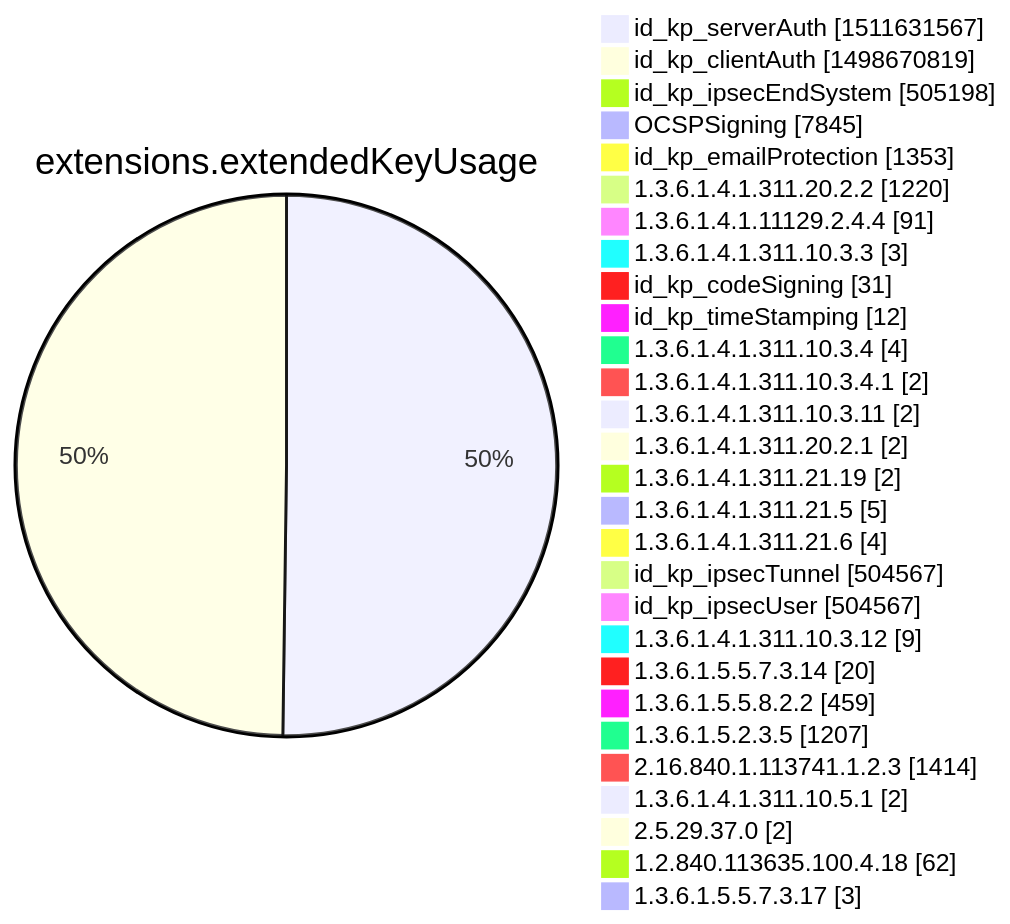
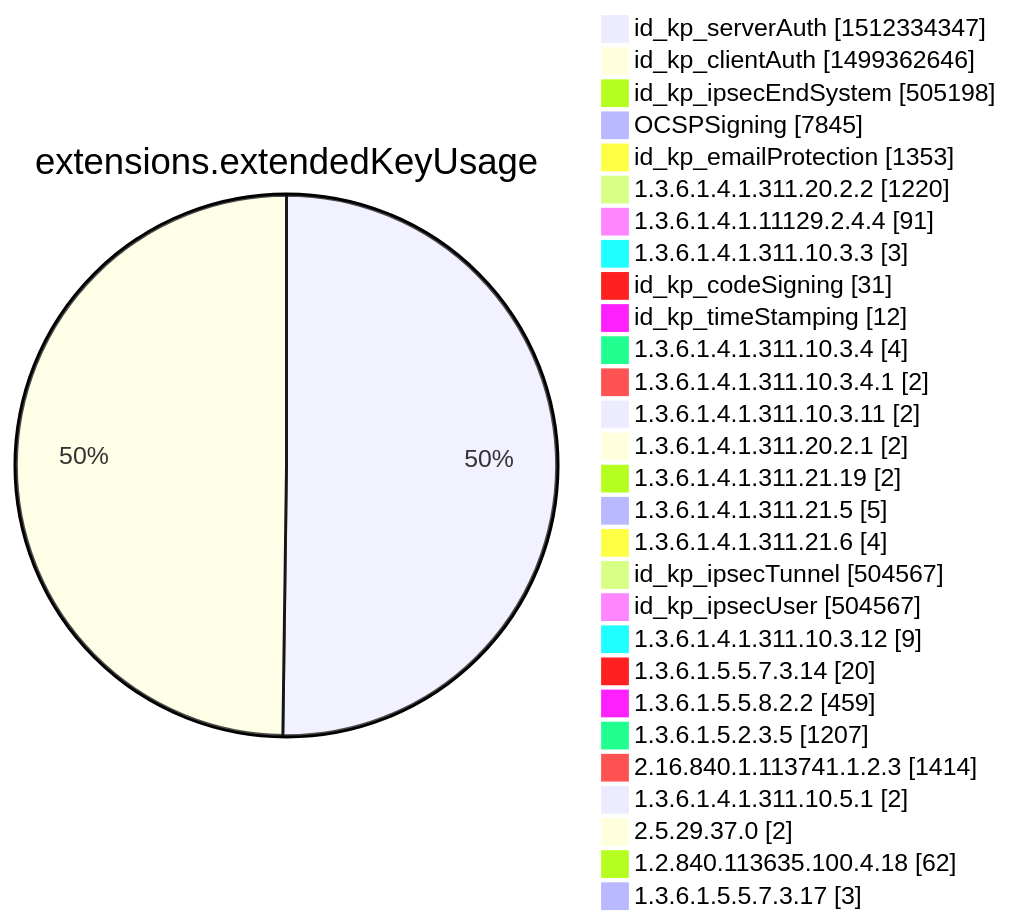
Before and after one commit to christiankrug/ctmonitor_visualization: diagram 12 of 15 in xenon2022/README.md, drawn with Mermaid. The commit also changed other lines of this file, not shown here.

````diff
--- a/xenon2022/README.md
+++ b/xenon2022/README.md
@@ -3877,32 +3877,32 @@
 ```mermaid
 pie showData
 title extensions.extendedKeyUsage
-"id_kp_serverAuth" :1511631567
-"id_kp_clientAuth" :1498670819
+"id_kp_serverAuth" :1512334347
+"id_kp_clientAuth" :1499362646
 "id_kp_ipsecEndSystem" :505198
 "OCSPSigning" :7845
 "id_kp_emailProtection" :1353
 "1.3.6.1.4.1.311.20.2.2" :1220
 "1.3.6.1.4.1.11129.2.4.4" :91
 "1.3.6.1.4.1.311.10.3.3" :3
 "id_kp_codeSigning" :31
 "id_kp_timeStamping" :12
 "1.3.6.1.4.1.311.10.3.4" :4
 "1.3.6.1.4.1.311.10.3.4.1" :2
 "1.3.6.1.4.1.311.10.3.11" :2
 "1.3.6.1.4.1.311.20.2.1" :2
 "1.3.6.1.4.1.311.21.19" :2
 "1.3.6.1.4.1.311.21.5" :5
 "1.3.6.1.4.1.311.21.6" :4
 "id_kp_ipsecTunnel" :504567
 "id_kp_ipsecUser" :504567
 "1.3.6.1.4.1.311.10.3.12" :9
 "1.3.6.1.5.5.7.3.14" :20
 "1.3.6.1.5.5.8.2.2" :459
 "1.3.6.1.5.2.3.5" :1207
 "2.16.840.1.113741.1.2.3" :1414
 "1.3.6.1.4.1.311.10.5.1" :2
 "2.5.29.37.0" :2
 "1.2.840.113635.100.4.18" :62
 "1.3.6.1.5.5.7.3.17" :3
 ```
````
